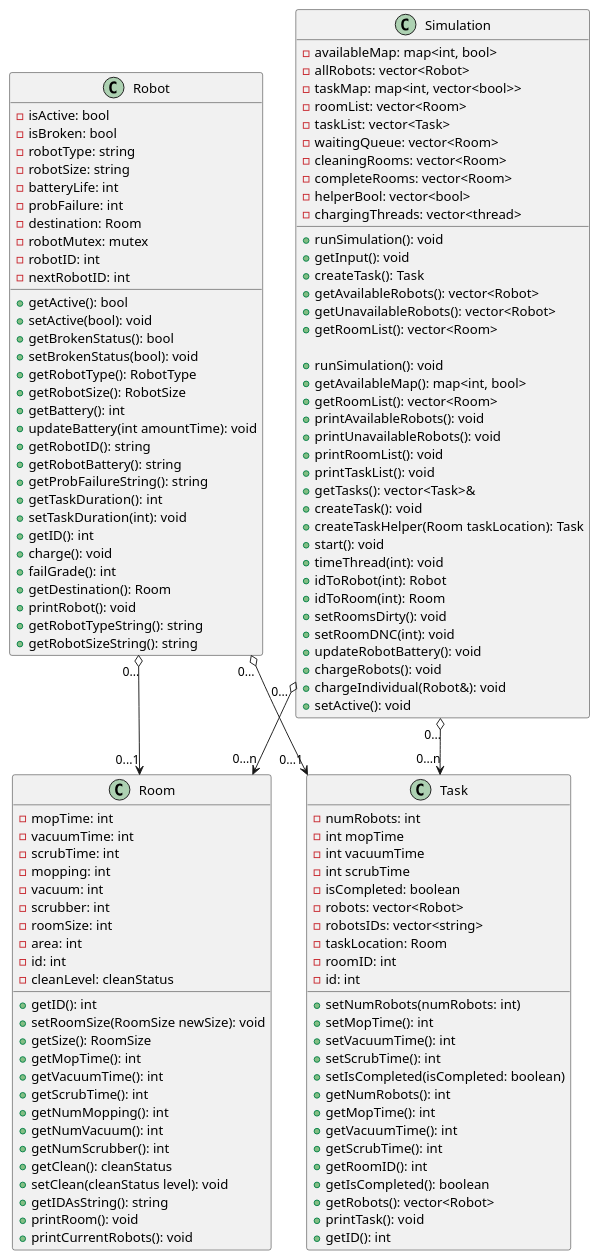
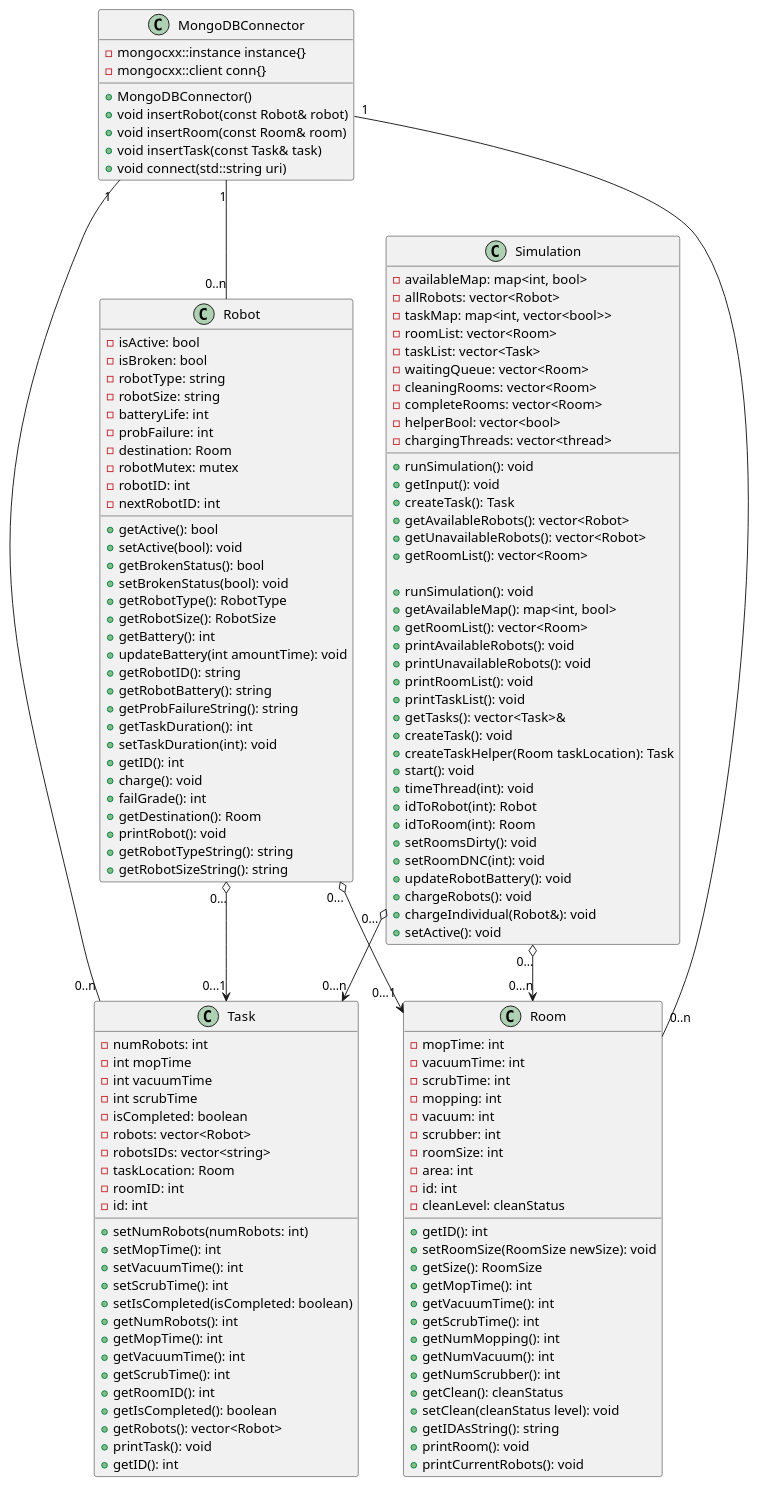
One commit to ur-cs-courses/course-project-clean-squad changed the diagram in docs/design/classDiagrams/classDiagrams.puml. Above: the diagram before and after it, drawn with PlantUML.

Commit message:
Update classDiagrams.puml with mongoDB class

```diff
--- a/docs/design/classDiagrams/classDiagrams.puml
+++ b/docs/design/classDiagrams/classDiagrams.puml
@@ -1,142 +1,157 @@
 @startuml classDiagrams
 
 class Robot {
     - isActive: bool
     - isBroken: bool
     - robotType: string
     - robotSize: string
     - batteryLife: int
     - probFailure: int
     - destination: Room
     - robotMutex: mutex
     - robotID: int
     - nextRobotID: int
 
     + getActive(): bool 
     + setActive(bool): void
     + getBrokenStatus(): bool
     + setBrokenStatus(bool): void 
     + getRobotType(): RobotType  
     + getRobotSize(): RobotSize  
     + getBattery(): int 
     + updateBattery(int amountTime): void 
     + getRobotID(): string 
     + getRobotBattery(): string  
     + getProbFailureString(): string  
     + getTaskDuration(): int 
     + setTaskDuration(int): void 
     + getID(): int 
     + charge(): void
     + failGrade(): int 
     + getDestination(): Room
     + printRobot(): void  
     + getRobotTypeString(): string  
     + getRobotSizeString(): string
+}
+
+
+class MongoDBConnector {
+    + MongoDBConnector()
+    + void insertRobot(const Robot& robot)
+    + void insertRoom(const Room& room)
+    + void insertTask(const Task& task)
+    + void connect(std::string uri)
+    - mongocxx::instance instance{}
+    - mongocxx::client conn{}
 }
 
 
 class Room {
     - mopTime: int
     - vacuumTime: int
     - scrubTime: int
     - mopping: int
     - vacuum: int
     - scrubber: int
     - roomSize: int
     - area: int 
     - id: int
     - cleanLevel: cleanStatus
 
     + getID(): int
     + setRoomSize(RoomSize newSize): void
     + getSize(): RoomSize
     + getMopTime(): int
     + getVacuumTime(): int
     + getScrubTime(): int
     + getNumMopping(): int
     + getNumVacuum(): int
     + getNumScrubber(): int
     + getClean(): cleanStatus
     + setClean(cleanStatus level): void 
     + getIDAsString(): string  
     + printRoom(): void 
     + printCurrentRobots(): void
     
 }
 
 class Simulation {
     - availableMap: map<int, bool> 
     - allRobots: vector<Robot> 
     - taskMap: map<int, vector<bool>> 
     - roomList: vector<Room>  
     - taskList: vector<Task> 
     - waitingQueue: vector<Room> 
     - cleaningRooms: vector<Room> 
     - completeRooms: vector<Room> 
     - helperBool: vector<bool> 
     - chargingThreads: vector<thread> 
 
     + runSimulation(): void
     + getInput(): void
     + createTask(): Task
     + getAvailableRobots(): vector<Robot>
     + getUnavailableRobots(): vector<Robot>
     + getRoomList(): vector<Room>
 
     + runSimulation(): void 
     + getAvailableMap(): map<int, bool> 
     + getRoomList(): vector<Room> 
     + printAvailableRobots(): void 
     + printUnavailableRobots(): void 
     + printRoomList(): void 
     + printTaskList(): void 
     + getTasks(): vector<Task>& 
     + createTask(): void 
     + createTaskHelper(Room taskLocation): Task 
     + start(): void 
     + timeThread(int): void     
     + idToRobot(int): Robot 
     + idToRoom(int): Room 
     + setRoomsDirty(): void   
     + setRoomDNC(int): void 
     + updateRobotBattery(): void 
     + chargeRobots(): void 
     + chargeIndividual(Robot&): void 
     + setActive(): void 
 }
 
 class Task {
   - numRobots: int
   - int mopTime
   - int vacuumTime
   - int scrubTime
   - isCompleted: boolean
   - robots: vector<Robot>
   - robotsIDs: vector<string>
   - taskLocation: Room
   - roomID: int
   - id: int
 
   + setNumRobots(numRobots: int)
   + setMopTime(): int
   + setVacuumTime(): int
   + setScrubTime(): int
   + setIsCompleted(isCompleted: boolean)
   + getNumRobots(): int
   + getMopTime(): int
   + getVacuumTime(): int
   + getScrubTime(): int
   + getRoomID(): int
   + getIsCompleted(): boolean
   + getRobots(): vector<Robot> 
   + printTask(): void
   + getID(): int
 }
 
+MongoDBConnector "1" -- "0..n" Robot 
+MongoDBConnector "1" -- "0..n" Room 
+MongoDBConnector "1" -- "0..n" Task 
+
 Robot "0..." o--> "0...1" Room
 Robot "0..." o--> "0...1" Task
 Simulation "0..." o--> "0...n" Room
 Simulation "0..." o--> "0...n" Task
 
 
 @enduml
```
